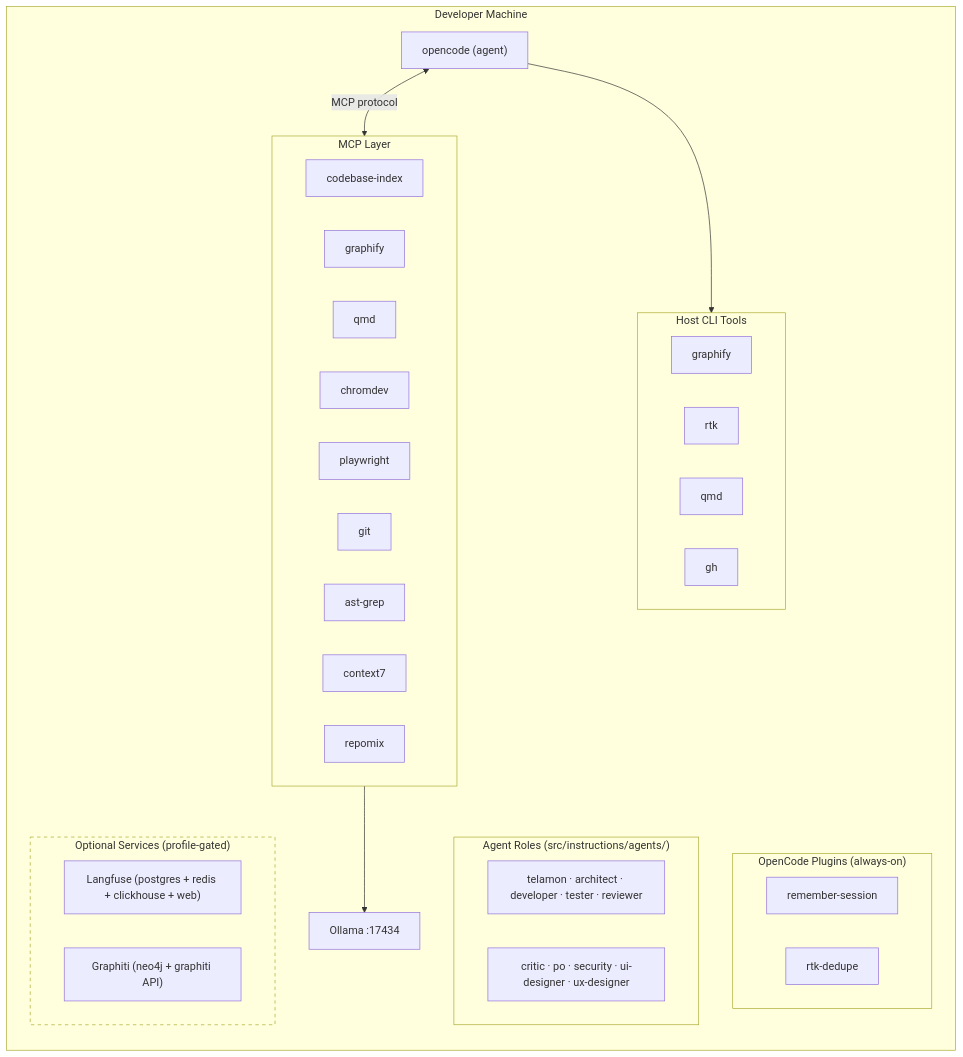
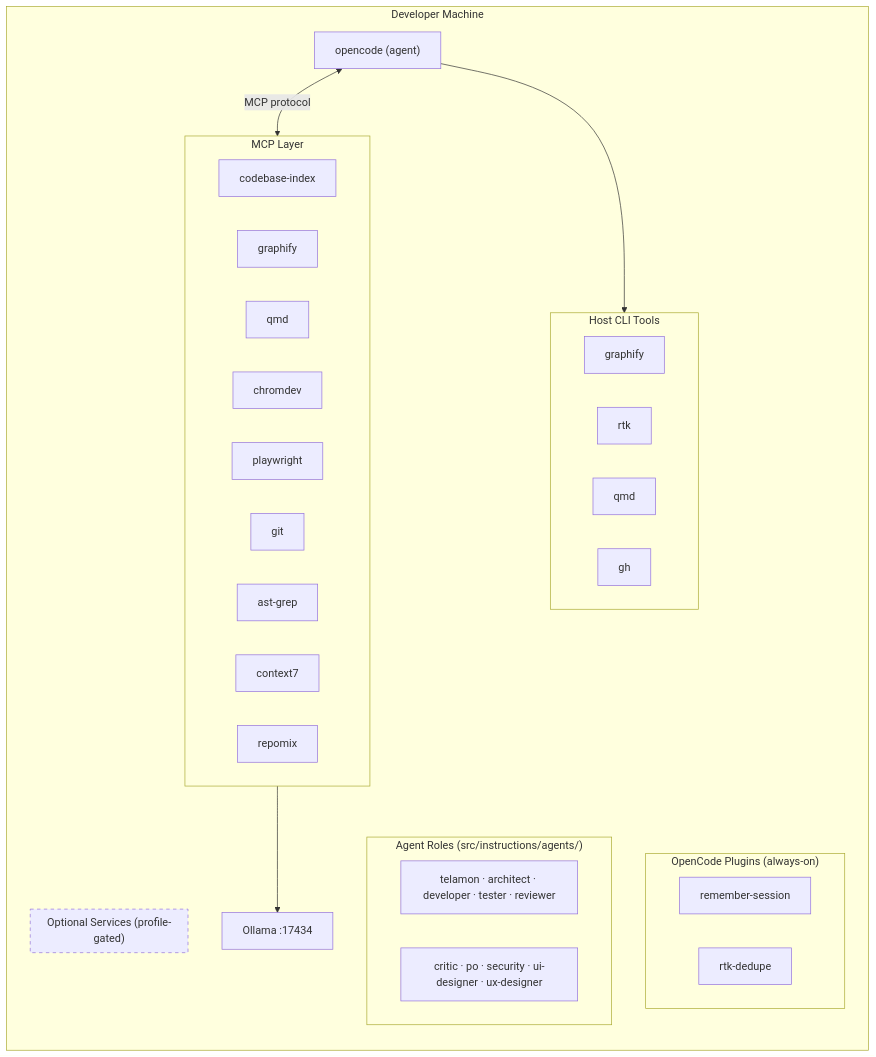
Before and after one commit to hgraca/telamon: the diagram in docs/architecture.md, drawn with Mermaid. The commit also changed other lines of this file and 14 other files, not shown here.

First line of the commit message:
chore: remove Langfuse and Graphiti

````diff
--- a/docs/architecture.md
+++ b/docs/architecture.md
@@ -14,48 +14,46 @@
 ```mermaid
 flowchart TB
     subgraph dev["Developer Machine"]
         direction TB
 
         oc["opencode (agent)"] <-->|"MCP protocol"| mcp
 
         subgraph mcp["MCP Layer"]
             cbi["codebase-index"]
             gf_m["graphify"]
             qmd_m["qmd"]
             cd_m["chromdev"]
             pw_m["playwright"]
             git_m["git"]
             ag_m["ast-grep"]
             c7_m["context7"]
             rm_m["repomix"]
         end
 
         mcp --> ol["Ollama :17434"]
 
         oc --> cli
 
         subgraph cli["Host CLI Tools"]
             cli_g["graphify"]
             cli_r["rtk"]
             cli_q["qmd"]
             cli_gh["gh"]
         end
 
         subgraph plugins["OpenCode Plugins (always-on)"]
             p_sc["remember-session"]
             p_rd["rtk-dedupe"]
         end
 
         subgraph agents["Agent Roles (src/instructions/agents/)"]
             a1["telamon · architect · developer · tester · reviewer"]
             a2["critic · po · security · ui-designer · ux-designer"]
         end
 
         subgraph optional["Optional Services (profile-gated)"]
-            o_lf["Langfuse (postgres + redis + clickhouse + web)"]
-            o_gr["Graphiti (neo4j + graphiti API)"]
         end
     end
 
     style optional stroke-dasharray: 5 5
 ```
````
